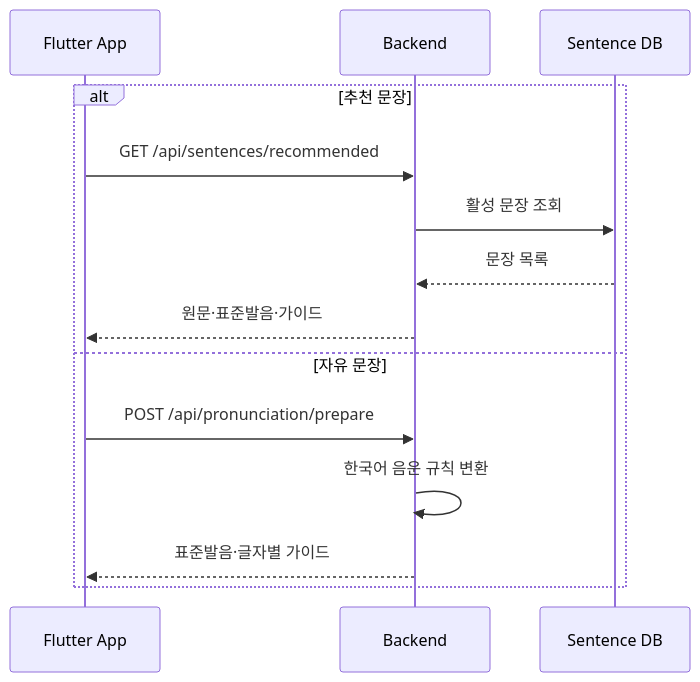
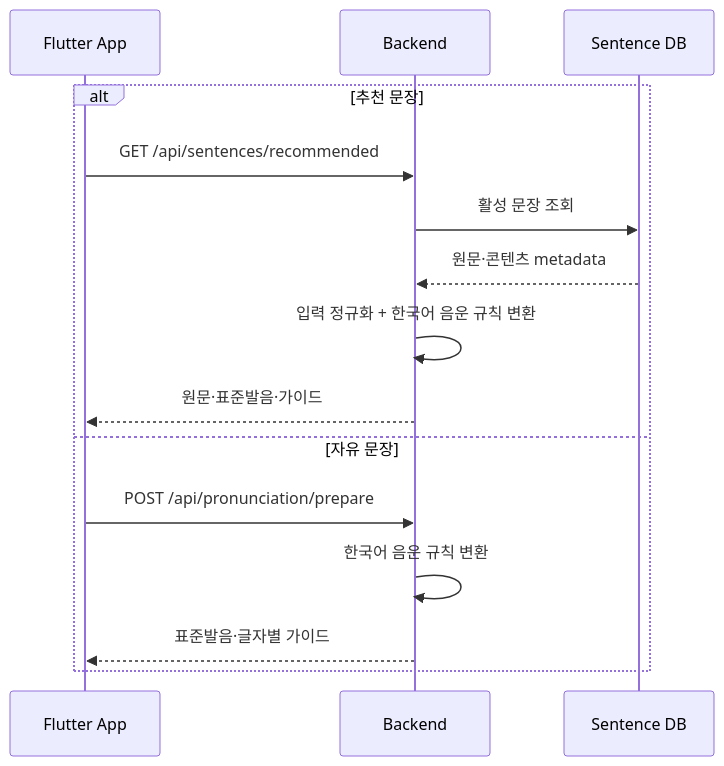
Before and after one commit to byeok99/LingKo: the first of 2 diagrams in docs/architecture/evaluation-flow.md, drawn with Mermaid. The commit also changed other lines of this file and 97 other files, not shown here.

````diff
--- a/docs/architecture/evaluation-flow.md
+++ b/docs/architecture/evaluation-flow.md
@@ -7,17 +7,18 @@
 ```mermaid
 sequenceDiagram
     participant A as Flutter App
     participant B as Backend
     participant D as Sentence DB
 
     alt 추천 문장
       A->>B: GET /api/sentences/recommended
       B->>D: 활성 문장 조회
-      D-->>B: 문장 목록
+      D-->>B: 원문·콘텐츠 metadata
+      B->>B: 입력 정규화 + 한국어 음운 규칙 변환
       B-->>A: 원문·표준발음·가이드
     else 자유 문장
       A->>B: POST /api/pronunciation/prepare
       B->>B: 한국어 음운 규칙 변환
       B-->>A: 표준발음·글자별 가이드
     end
 ```
````
